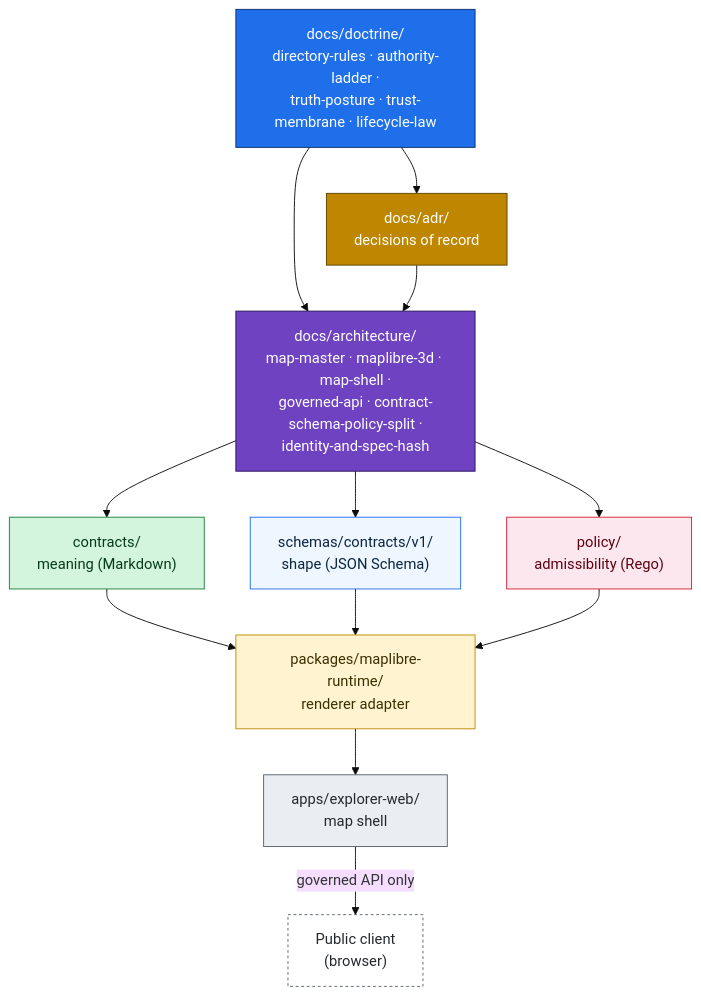
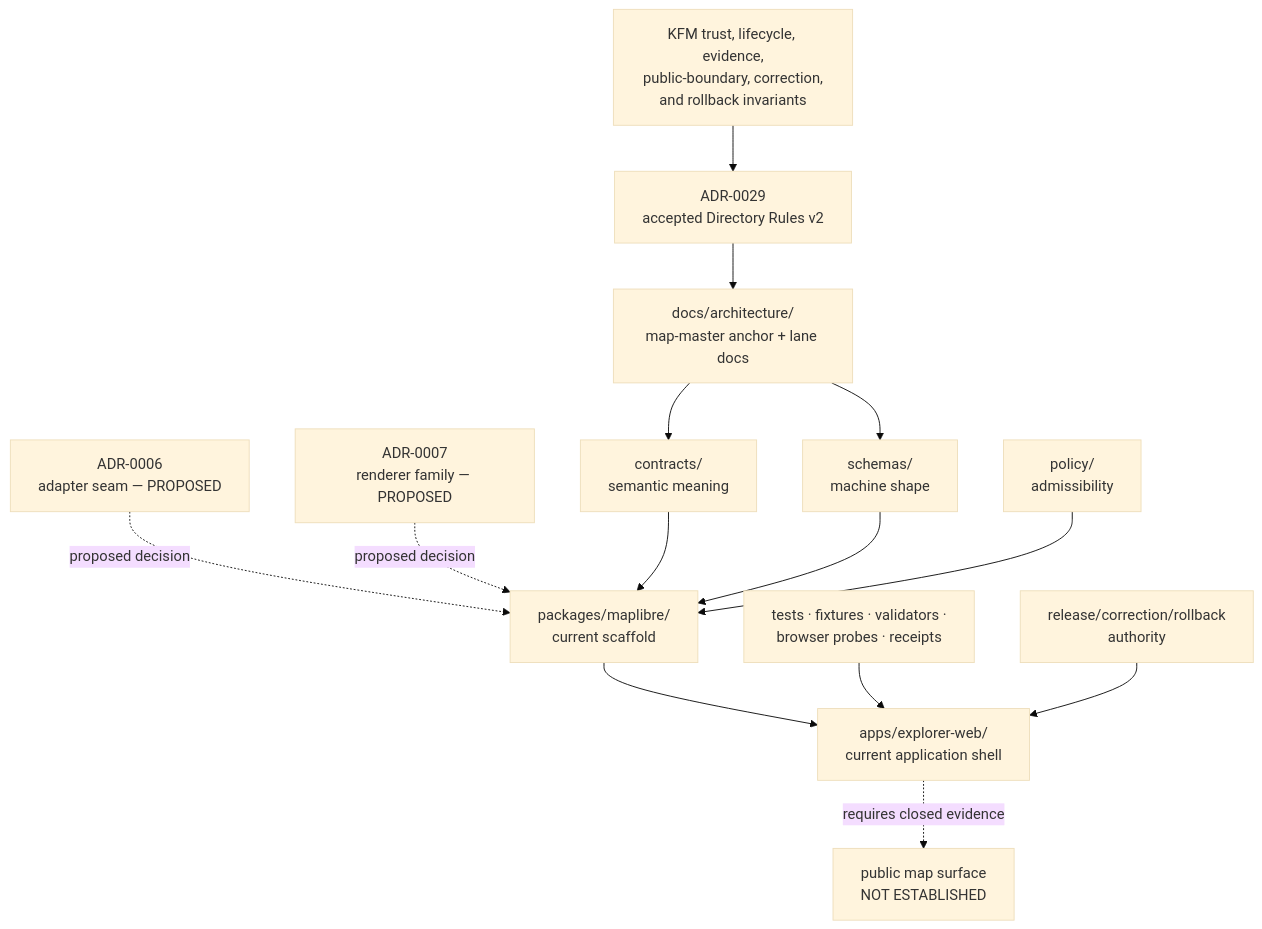
One commit to bartytime4life/Kansas-Frontier-Matrix changed the first of 5 diagrams in docs/architecture/map-master.md. Above: the diagram before and after it, drawn with Mermaid (base theme). The commit also changed other lines of this file, not shown here.

Commit message:
docs(architecture): ground map-master boundary

````diff
--- a/docs/architecture/map-master.md
+++ b/docs/architecture/map-master.md
@@ -145,34 +223,30 @@
 ```mermaid
 flowchart TD
-  DOC["docs/doctrine/<br/>directory-rules · authority-ladder ·<br/>truth-posture · trust-membrane · lifecycle-law"]:::doctrine
-  ADR["docs/adr/<br/>decisions of record"]:::adr
-  ARCH["docs/architecture/<br/>map-master · maplibre-3d · map-shell ·<br/>governed-api · contract-schema-policy-split ·<br/>identity-and-spec-hash"]:::arch
-  CTR["contracts/<br/>meaning (Markdown)"]:::ctr
-  SCH["schemas/contracts/v1/<br/>shape (JSON Schema)"]:::sch
-  POL["policy/<br/>admissibility (Rego)"]:::pol
-  PKG["packages/maplibre-runtime/<br/>renderer adapter"]:::pkg
-  APP["apps/explorer-web/<br/>map shell"]:::app
-  RT["Public client<br/>(browser)"]:::client
+  INV["KFM trust, lifecycle, evidence,<br/>public-boundary, correction,<br/>and rollback invariants"]
+  ADR29["ADR-0029<br/>accepted Directory Rules v2"]
+  ADR6["ADR-0006<br/>adapter seam — PROPOSED"]
+  ADR7["ADR-0007<br/>renderer family — PROPOSED"]
+  ARCH["docs/architecture/<br/>map-master anchor + lane docs"]
+  CTR["contracts/<br/>semantic meaning"]
+  SCH["schemas/<br/>machine shape"]
+  POL["policy/<br/>admissibility"]
+  PKG["packages/maplibre/<br/>current scaffold"]
+  APP["apps/explorer-web/<br/>current application shell"]
+  PROOF["tests · fixtures · validators ·<br/>browser probes · receipts"]
+  RELEASE["release/correction/rollback<br/>authority"]
+  PUBLIC["public map surface<br/>NOT ESTABLISHED"]
 
-  DOC --> ADR
-  DOC --> ARCH
-  ADR --> ARCH
+  INV --> ADR29
+  ADR29 --> ARCH
+  ADR6 -. proposed decision .-> PKG
+  ADR7 -. proposed decision .-> PKG
   ARCH --> CTR
   ARCH --> SCH
-  ARCH --> POL
   CTR --> PKG
   SCH --> PKG
   POL --> PKG
   PKG --> APP
-  APP -- "governed API only" --> RT
-
-  classDef doctrine fill:#1f6feb,stroke:#0a2e6b,color:#fff;
-  classDef adr      fill:#bf8700,stroke:#5c4400,color:#fff;
-  classDef arch     fill:#6f42c1,stroke:#2b1259,color:#fff;
-  classDef ctr      fill:#d4f5dd,stroke:#1a7f37,color:#053a1a;
-  classDef sch      fill:#eef6ff,stroke:#1f6feb,color:#0a2540;
-  classDef pol      fill:#fde7ef,stroke:#cf222e,color:#5c0010;
-  classDef pkg      fill:#fff4cf,stroke:#bf8700,color:#3b2f00;
-  classDef app      fill:#eaeef2,stroke:#57606a,color:#24292f;
-  classDef client   fill:#fff,stroke:#57606a,color:#24292f,stroke-dasharray: 3 3;
+  PROOF --> APP
+  RELEASE --> APP
+  APP -. requires closed evidence .-> PUBLIC
 ```
````
